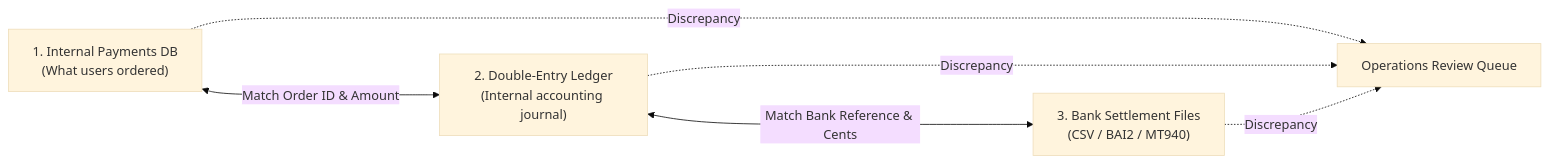
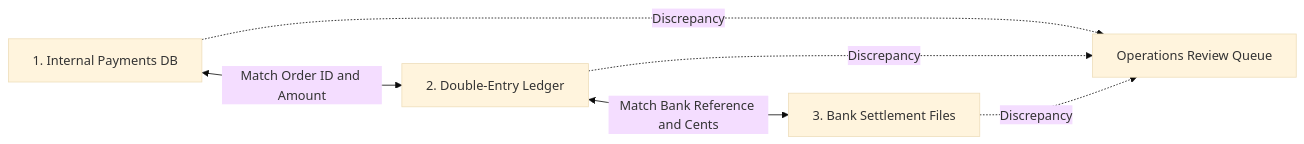
The diagram in docs/reconciliation_and_settlement.md (Rumman90/system-design-payment-gateway-ledger), drawn with Mermaid (base theme) before and after one commit. The commit also changed other lines of this file and 3 other files, not shown here.

Commit message:
Fix mermaid diagram syntax for GitHub rendering

````diff
--- a/docs/reconciliation_and_settlement.md
+++ b/docs/reconciliation_and_settlement.md
@@ -21,9 +21,9 @@
 ```mermaid
 flowchart LR
-    A["1. Internal Payments DB<br/>(What users ordered)"] <--->|Match Order ID & Amount| B["2. Double-Entry Ledger<br/>(Internal accounting journal)"]
-    B <--->|Match Bank Reference & Cents| C["3. Bank Settlement Files<br/>(CSV / BAI2 / MT940)"]
+    A["1. Internal Payments DB"] <-->|"Match Order ID and Amount"| B["2. Double-Entry Ledger"]
+    B <-->|"Match Bank Reference and Cents"| C["3. Bank Settlement Files"]
 
-    A -. Discrepancy .-> D["Operations Review Queue"]
-    B -. Discrepancy .-> D
-    C -. Discrepancy .-> D
+    A -.->|"Discrepancy"| D["Operations Review Queue"]
+    B -.->|"Discrepancy"| D
+    C -.->|"Discrepancy"| D
 ```
````
